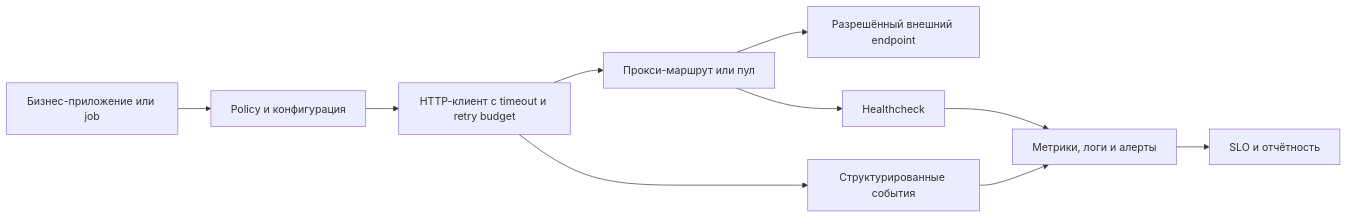
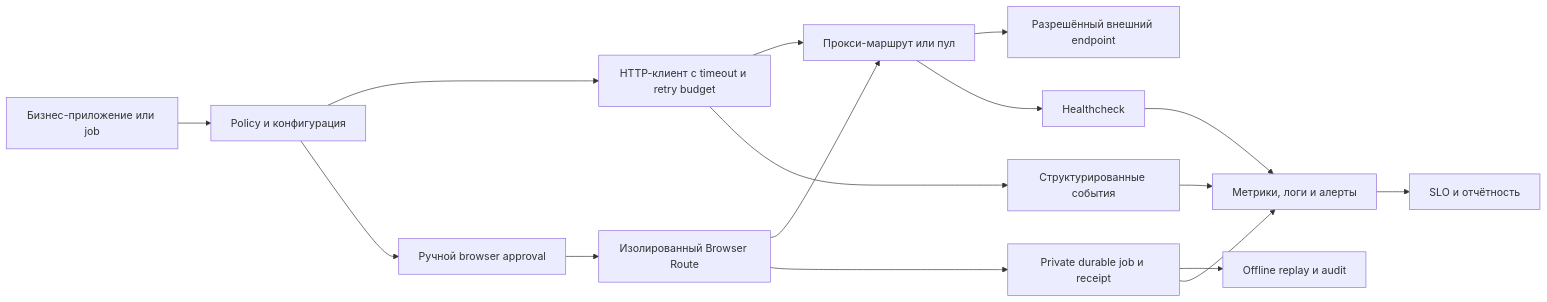
The diagram in docs/B2B-REFERENCE-ARCHITECTURE.md (smuuuzik-tech/proxy-use-cases), drawn with Mermaid before and after one commit. The commit also changed other lines of this file and 41 other files, not shown here.

First line of the commit message:
Add policy-gated browser route and replay (#23)

````diff
--- a/docs/B2B-REFERENCE-ARCHITECTURE.md
+++ b/docs/B2B-REFERENCE-ARCHITECTURE.md
@@ -3,12 +3,18 @@
 ```mermaid
 flowchart LR
     A["Бизнес-приложение или job"] --> B["Policy и конфигурация"]
     B --> C["HTTP-клиент с timeout и retry budget"]
+    B --> J["Ручной browser approval"]
+    J --> K["Изолированный Browser Route"]
     C --> D["Прокси-маршрут или пул"]
+    K --> D
     D --> E["Разрешённый внешний endpoint"]
     C --> F["Структурированные события"]
+    K --> L["Private durable job и receipt"]
+    L --> M["Offline replay и audit"]
     D --> G["Healthcheck"]
     F --> H["Метрики, логи и алерты"]
+    L --> H
     G --> H
     H --> I["SLO и отчётность"]
 ```
````
